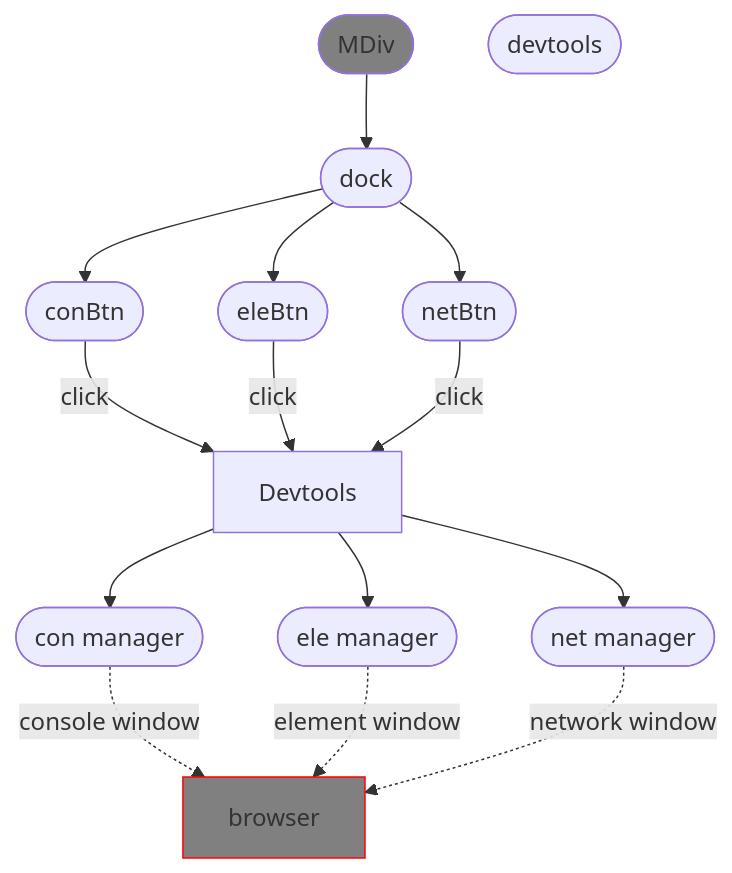
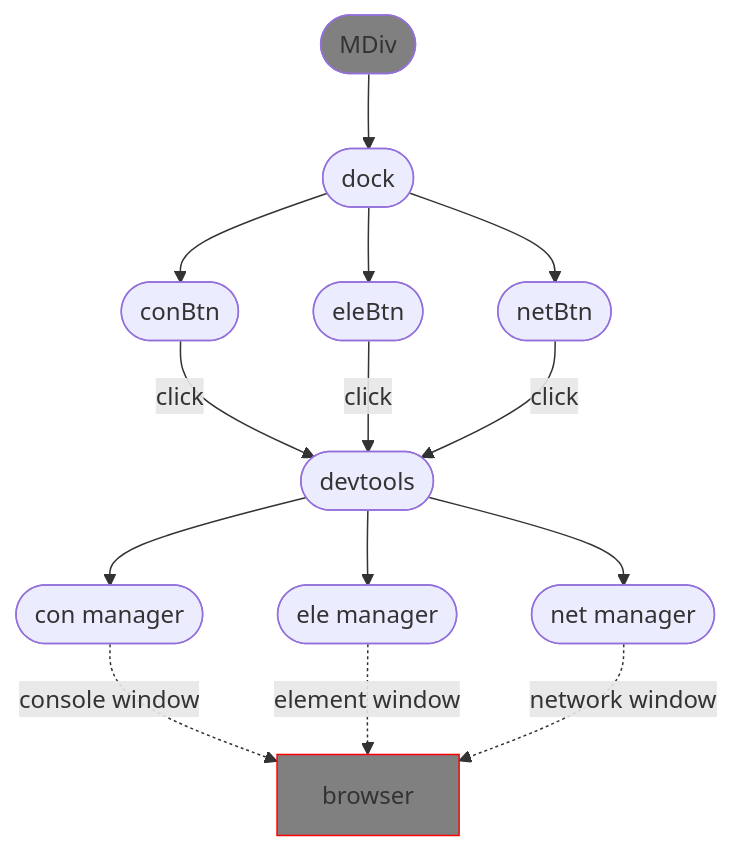
The first of 2 diagrams in README.md (moo-m/MDev), drawn with Mermaid before and after one commit.

````diff
--- a/README.md
+++ b/README.md
@@ -91,41 +91,41 @@
 ```mermaid
 flowchart TB
 
 App([MDiv])
 
 Dock([dock])
 
 App --> Dock
 
 ConBtn([conBtn])
 EleBtn([eleBtn])
 NetBtn([netBtn])
 
 Dock --> ConBtn
 Dock --> EleBtn
 Dock --> NetBtn
 
 DevTools([devtools])
 
-ConBtn --> |click| Devtools
-EleBtn --> |click| Devtools
-NetBtn --> |click| Devtools
+ConBtn --> |click| DevTools
+EleBtn --> |click| DevTools
+NetBtn --> |click| DevTools
 
 ConManager([con manager])
 EleManager([ele manager])
 NetManager([net manager])
 
-Devtools --> ConManager
-Devtools --> EleManager
-Devtools --> NetManager
+DevTools --> ConManager
+DevTools --> EleManager
+DevTools --> NetManager
 
 Browser[browser]
 
 ConManager -. console window .-> Browser
 EleManager -. element window .-> Browser
 NetManager -. network window .-> Browser
 
 style App fill:gray,stoke:red
 style Browser fill:gray,stroke:red
 
 ```
````
